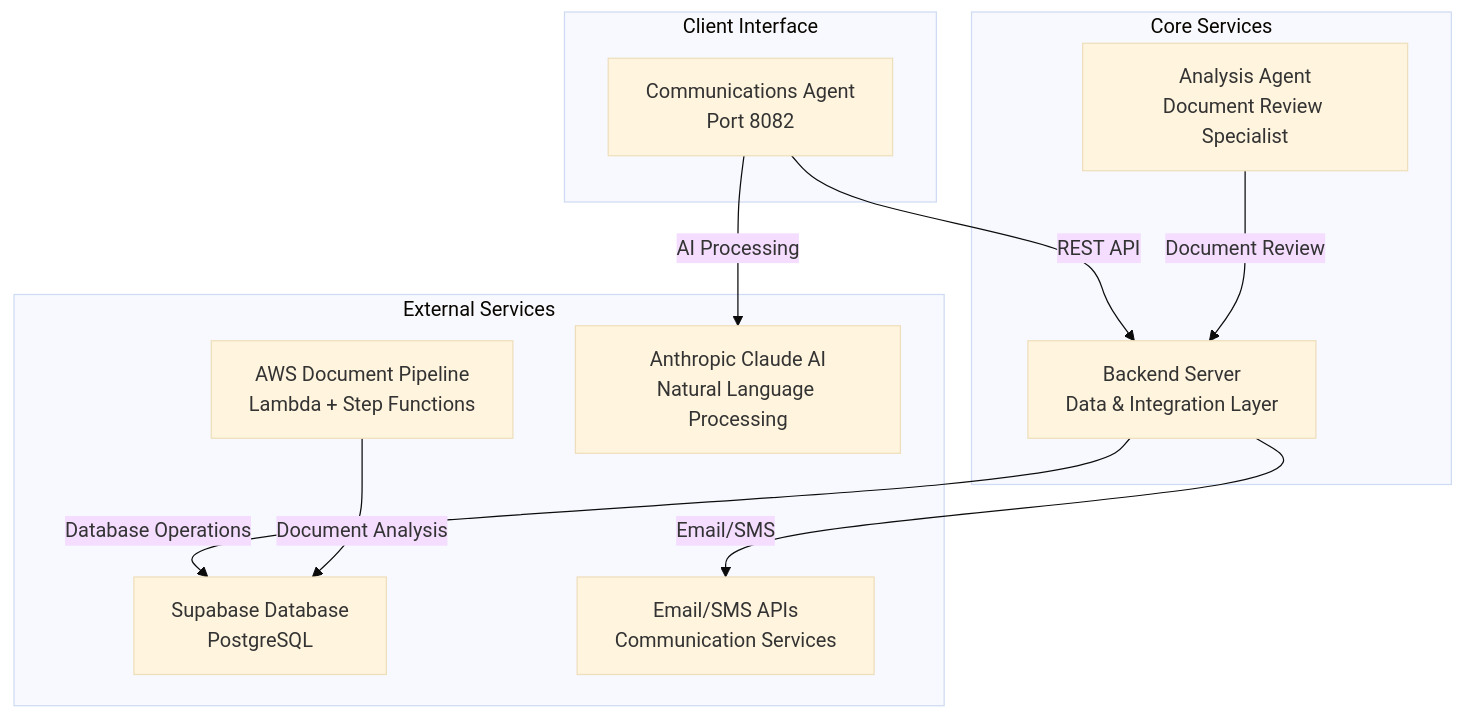
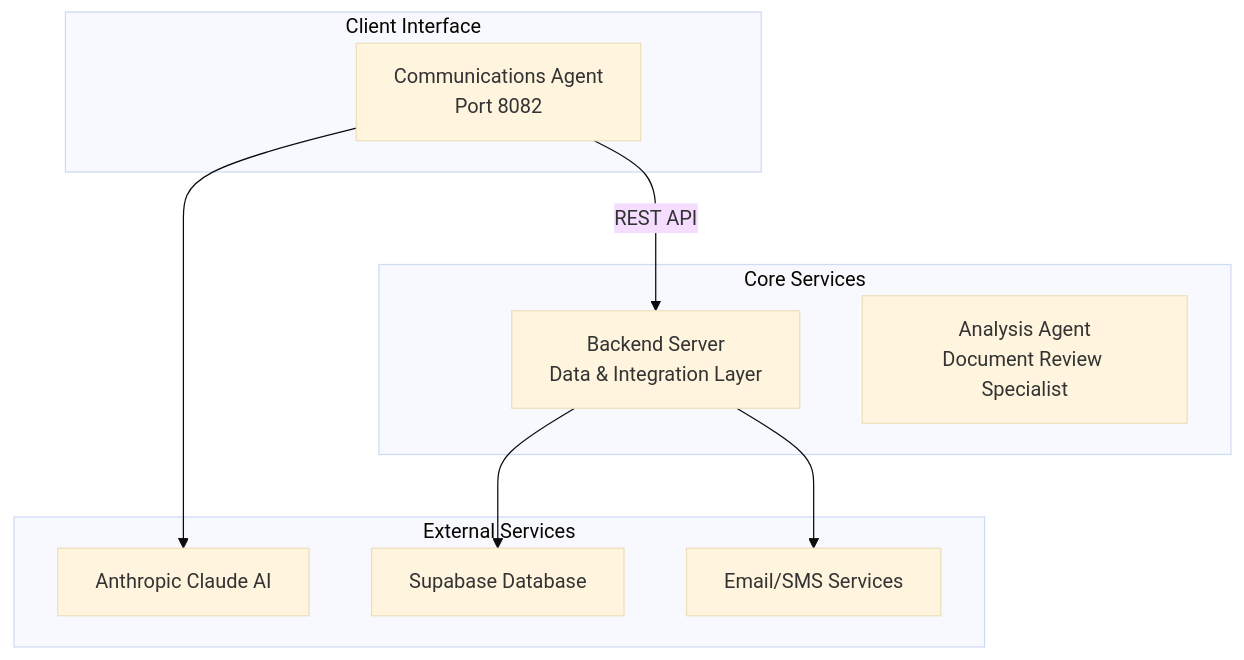
The diagram in README.md (camrenhall/luceron-ai-communications-agent), drawn with Mermaid (base theme) before and after one commit. The commit also changed other lines of this file, not shown here.

````diff
--- a/README.md
+++ b/README.md
@@ -19,25 +19,22 @@
 ```mermaid
 graph TB
     subgraph "Client Interface"
         CA[Communications Agent<br/>Port 8082]
     end
     
     subgraph "Core Services"
         BS[Backend Server<br/>Data & Integration Layer]
         AA[Analysis Agent<br/>Document Review Specialist]
     end
     
     subgraph "External Services"
-        AWS[AWS Document Pipeline<br/>Lambda + Step Functions]
-        AI[Anthropic Claude AI<br/>Natural Language Processing]
-        DB[Supabase Database<br/>PostgreSQL]
-        EMAIL[Email/SMS APIs<br/>Communication Services]
+        AI[Anthropic Claude AI]
+        DB[Supabase Database]
+        EMAIL[Email/SMS Services]
     end
     
     CA -->|REST API| BS
-    BS -->|Database Operations| DB
-    BS -->|Email/SMS| EMAIL
-    CA -->|AI Processing| AI
-    AWS -->|Document Analysis| DB
-    AA -->|Document Review| BS
+    BS --> DB
+    BS --> EMAIL
+    CA --> AI
 ```
````
